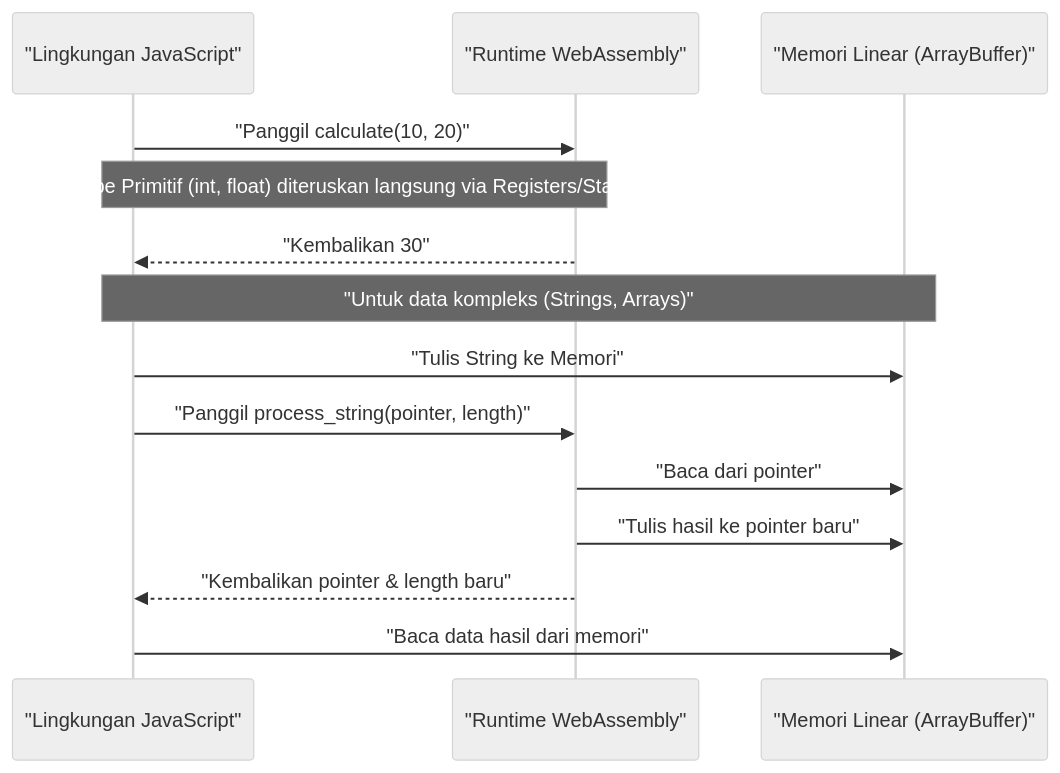
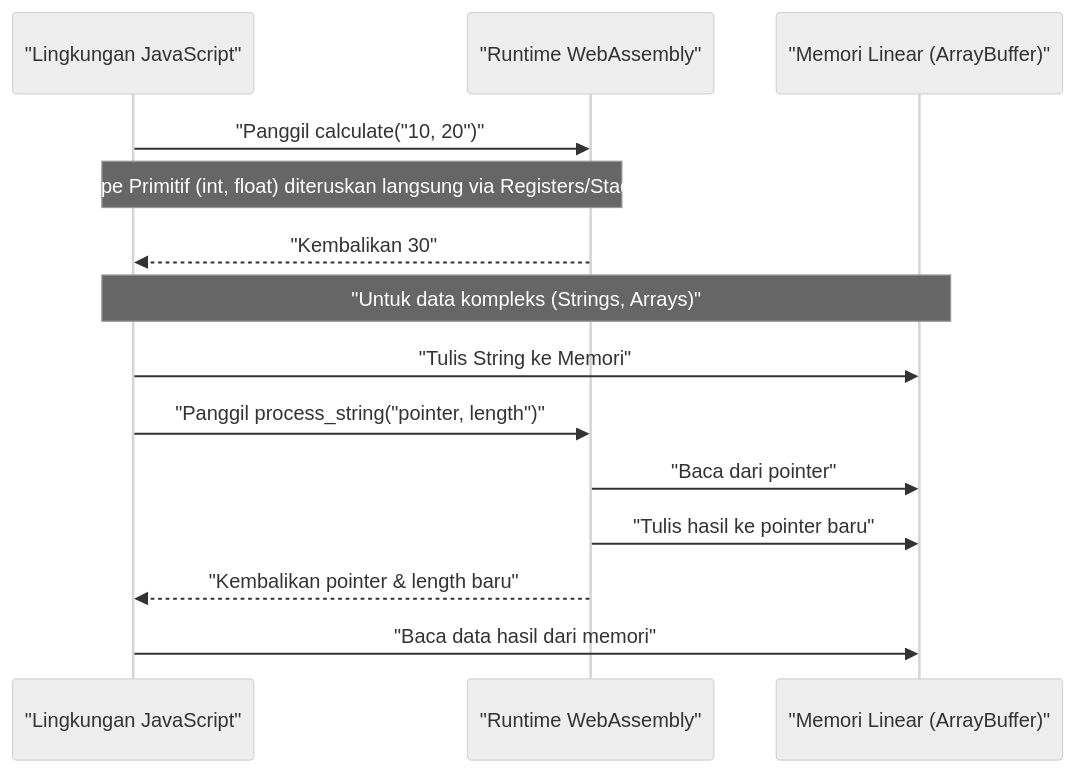
Before and after one commit to kenjinote/blog: the second of 3 diagrams in content/post/webassembly出力/index.id.md, drawn with Mermaid (neutral theme). The commit also changed 929 other files, not shown here.

Commit message:
fix: Add double quotes to all Mermaid node texts to resolve syntax errors

````diff
--- a/content/post/webassembly出力/index.id.md
+++ b/content/post/webassembly出力/index.id.md
@@ -220,18 +220,18 @@
 ```mermaid
 sequenceDiagram
   participant JS as "Lingkungan JavaScript"
   participant Wasm as "Runtime WebAssembly"
   participant Mem as "Memori Linear (ArrayBuffer)"
 
-  JS->>Wasm: "Panggil calculate(10, 20)"
+  JS->>Wasm: "Panggil calculate("10, 20")"
   note over JS,Wasm: "Tipe Primitif (int, float) diteruskan langsung via Registers/Stack"
   Wasm-->>JS: "Kembalikan 30"
 
   note over JS, Mem: "Untuk data kompleks (Strings, Arrays)"
   JS->>Mem: "Tulis String ke Memori"
-  JS->>Wasm: "Panggil process_string(pointer, length)"
+  JS->>Wasm: "Panggil process_string("pointer, length")"
   Wasm->>Mem: "Baca dari pointer"
   Wasm->>Mem: "Tulis hasil ke pointer baru"
   Wasm-->>JS: "Kembalikan pointer & length baru"
   JS->>Mem: "Baca data hasil dari memori"
 ```
````
